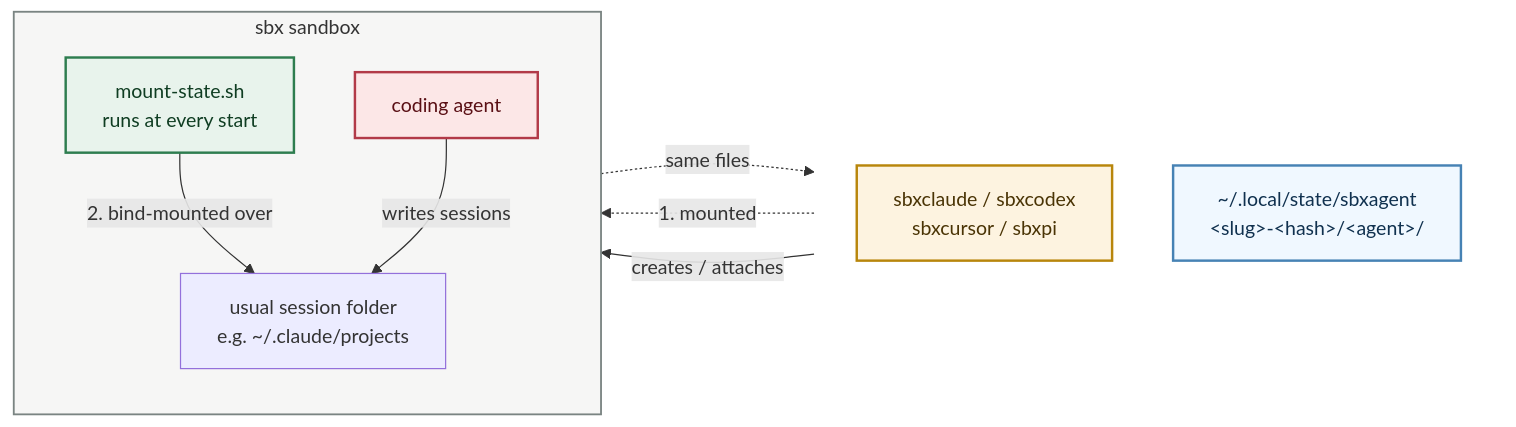
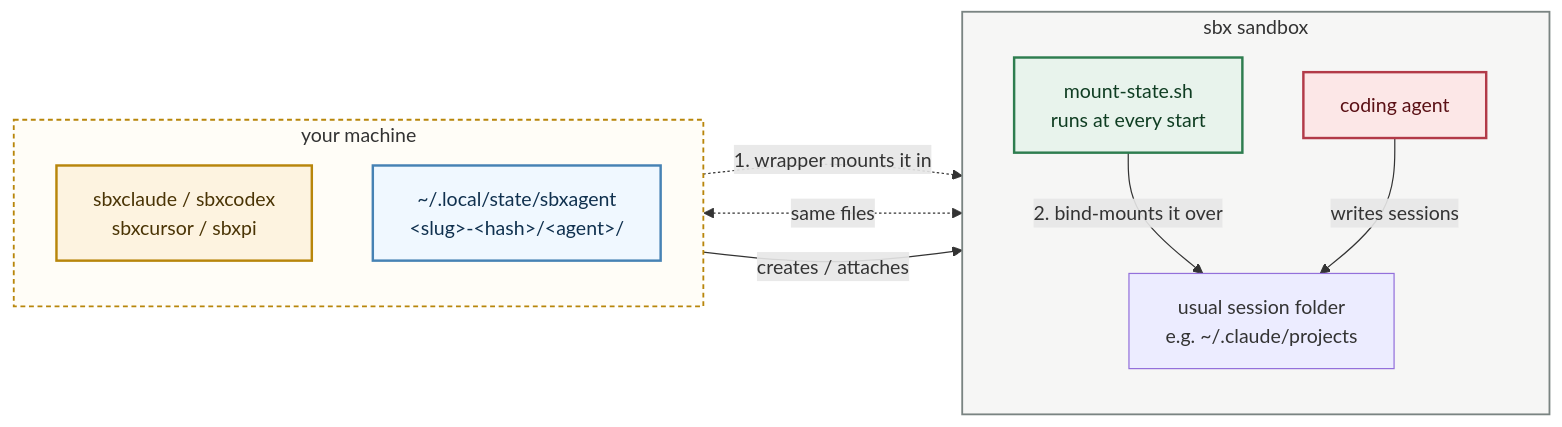
Before and after one commit to lars20070/sbxagent: the first of 2 diagrams in docs/traces.md, drawn with Mermaid. The commit also changed other lines of this file and 6 other files, not shown here.

````diff
--- a/docs/traces.md
+++ b/docs/traces.md
@@ -35,32 +35,32 @@
 ```mermaid
 flowchart LR
-  subgraph HOST[" "]
+  subgraph HOST["your machine"]
     direction TB
     WRAP["sbxclaude / sbxcodex<br/>sbxcursor / sbxpi"]
     STATE["~/.local/state/sbxagent<br/>&lt;slug&gt;-&lt;hash&gt;/&lt;agent&gt;/"]
   end
 
   subgraph VM["sbx sandbox"]
     direction TB
     MOUNT["mount-state.sh<br/>runs at every start"]
     STOCK["usual session folder<br/>e.g. ~/.claude/projects"]
     AGENT["coding agent"]
   end
 
   WRAP -->|"creates / attaches"| VM
-  STATE -.->|"1. mounted"| MOUNT
-  MOUNT -->|"2. bind-mounted over"| STOCK
+  STATE -.->|"1. wrapper mounts it in"| MOUNT
+  MOUNT -->|"2. bind-mounts it over"| STOCK
+  STATE <-.->|"same files"| STOCK
   AGENT -->|"writes sessions"| STOCK
-  STOCK -.->|"same files"| STATE
 
   classDef data    fill:aliceblue,stroke:steelblue,stroke-width:2px,color:#10314F
   classDef host    fill:#FDF3E0,stroke:#B8860B,stroke-width:2px,color:#4A3405
   classDef agent   fill:#FCE7E7,stroke:#B23A48,stroke-width:2px,color:#5A1015
   classDef step    fill:#E8F3EC,stroke:#2E7D4F,stroke-width:2px,color:#0F3D22
   class STATE data
   class WRAP host
   class AGENT agent
   class MOUNT step
   style VM fill:#F6F6F5,stroke:#7A8482,stroke-width:1.5px
-  style HOST fill:none,stroke:none
+  style HOST fill:#FFFDF7,stroke:#B8860B,stroke-width:1.5px,stroke-dasharray:4 3
 ```
````
